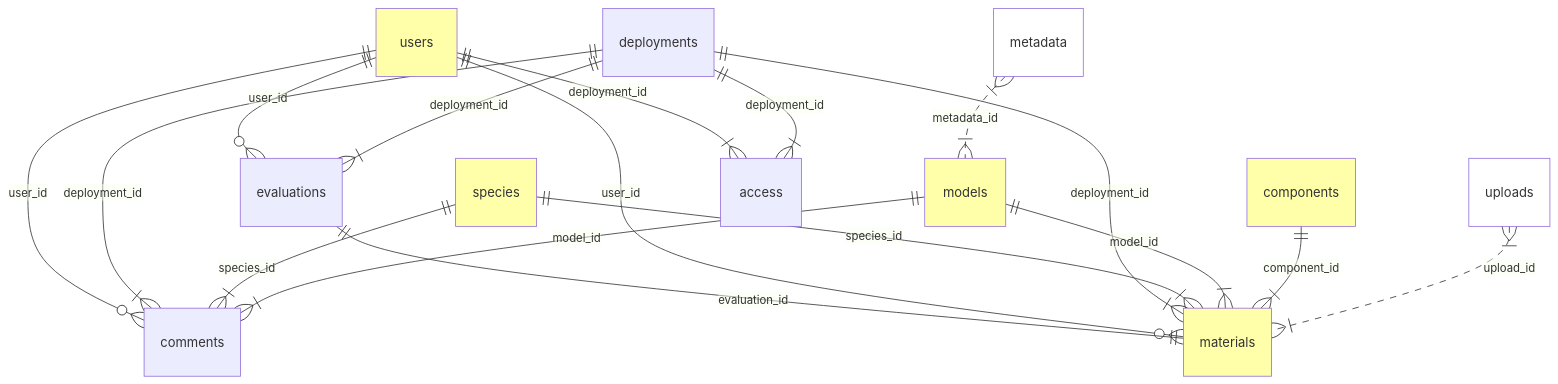
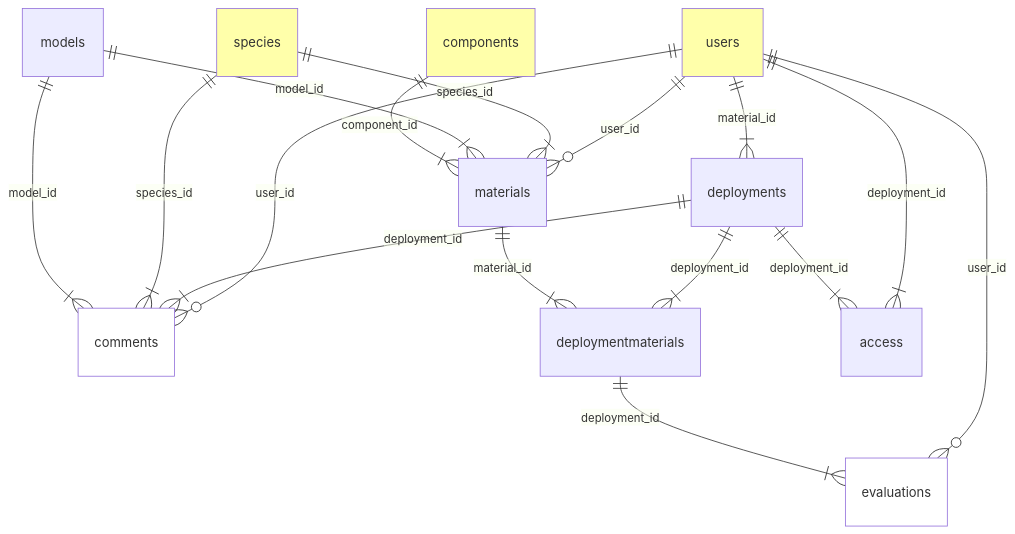
The diagram in spec/README.Rmd (LandSciTech/sdmEvaluationTool), drawn with Mermaid before and after one commit. The commit also changed other lines of this file and 2 other files, not shown here.

Commit message:
Capture deployments in spec

````diff
--- a/spec/README.Rmd
+++ b/spec/README.Rmd
@@ -102,35 +102,31 @@
 ```mermaid
 erDiagram
+    direction TB
 
     models ||--|{ comments : model_id
     species ||--|{ comments : species_id
 
-    uploads }|..|{ materials : upload_id
-    style uploads fill:#fff
     components ||--|{ materials : component_id
     style components fill:#ffa
-    style materials fill:#ffa
-
-    metadata }|..|{ models : metadata_id
-    style metadata fill:#fff
 
     models ||--|{ materials : model_id
-    style models fill:#ffa
     species ||--|{ materials : species_id
     style species fill:#ffa
 
-    deployments ||--|{ materials : deployment_id
+    users ||--|{ deployments : material_id
+    deploymentmaterials ||--|{ evaluations : deployment_id
+    materials ||--|{ deploymentmaterials : material_id
+    deployments ||--|{ deploymentmaterials : deployment_id
     deployments ||--|{ comments : deployment_id
-    deployments ||--|{ evaluations : deployment_id
+    style comments fill:#fff
     deployments ||--|{ access : deployment_id
     users ||--|{ access : deployment_id
     style users fill:#ffa
 
 
     users ||--o{ materials : user_id
     style users fill:#ffa
     users ||--o{ evaluations : user_id
-
-    evaluations ||--|| materials : evaluation_id
+    style evaluations fill:#fff
     users ||--o{ comments : user_id
 ```
````
